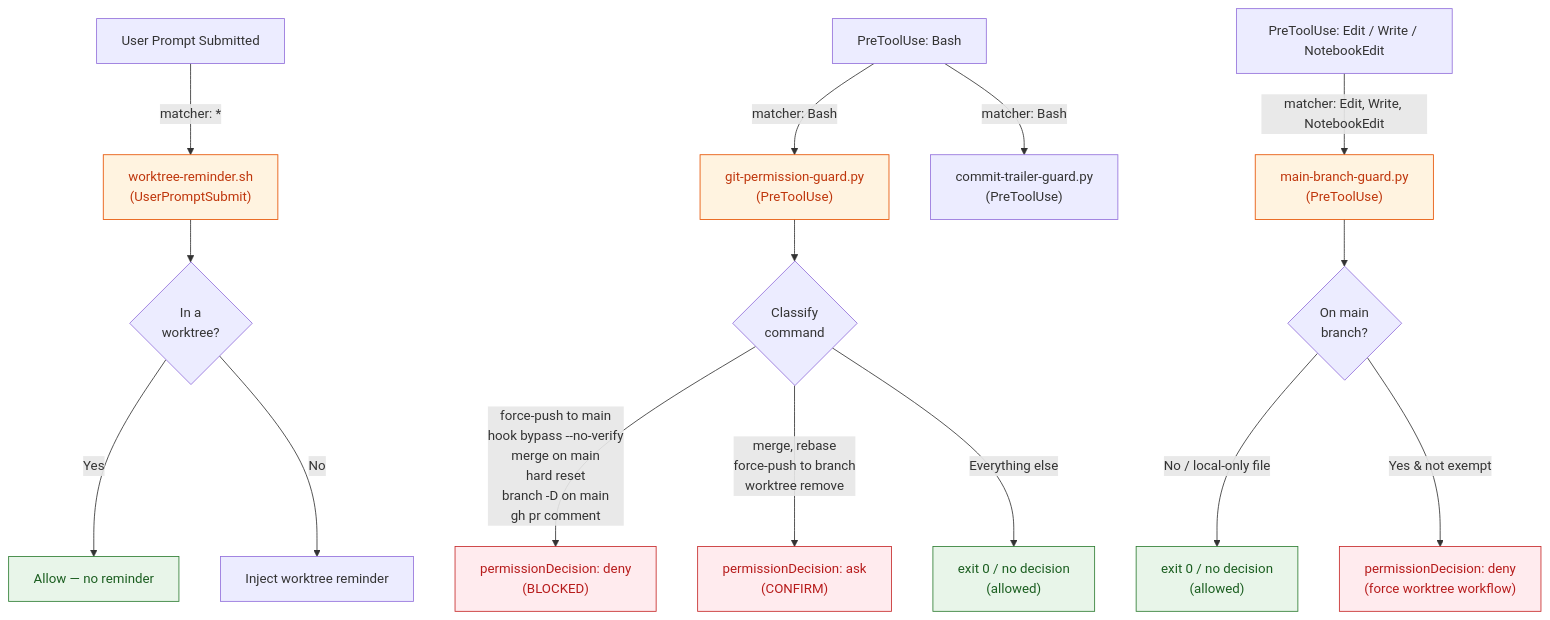
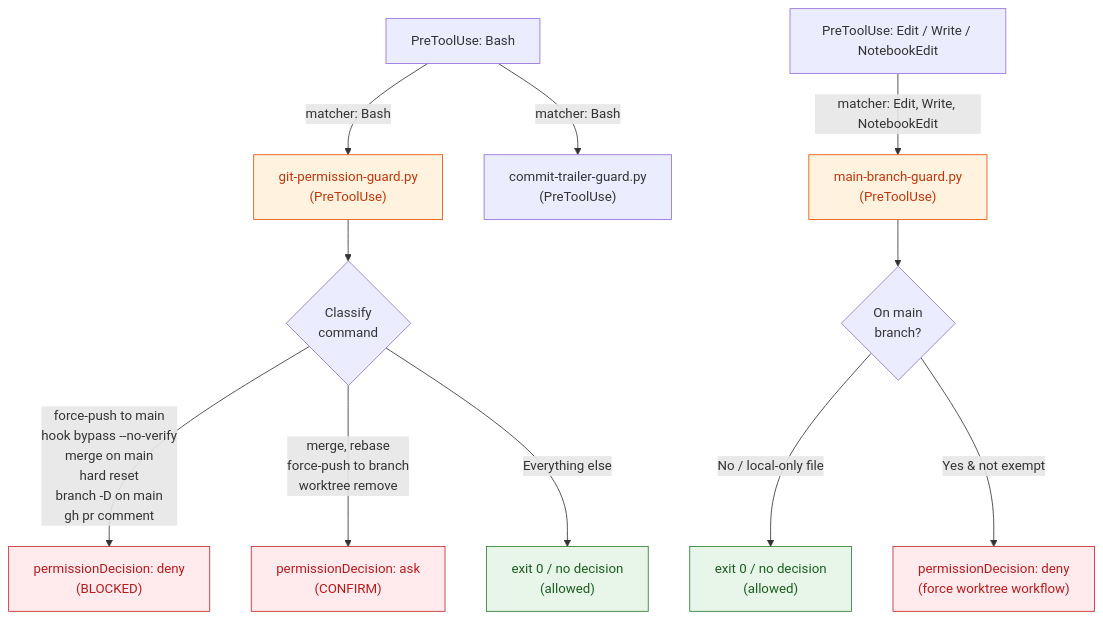
The first of 2 diagrams in git-guards/ARCHITECTURE.md (dryvist/claude-code-plugins), drawn with Mermaid before and after one commit. The commit also changed other lines of this file and 11 other files, not shown here.

````diff
--- a/git-guards/ARCHITECTURE.md
+++ b/git-guards/ARCHITECTURE.md
@@ -9,32 +9,26 @@
 ```mermaid
 flowchart TD
-    UP["User Prompt Submitted"]
     PT_BASH["PreToolUse: Bash"]
     PT_EDIT["PreToolUse: Edit / Write / NotebookEdit"]
 
-    UP -->|"matcher: *"| WR["worktree-reminder.sh\n(UserPromptSubmit)"]
     PT_BASH -->|"matcher: Bash"| PG["git-permission-guard.py\n(PreToolUse)"]
     PT_BASH -->|"matcher: Bash"| TG["commit-trailer-guard.py\n(PreToolUse)"]
     PT_EDIT -->|"matcher: Edit, Write, NotebookEdit"| MBG["main-branch-guard.py\n(PreToolUse)"]
-
-    WR --> WR_CHECK{"In a\nworktree?"}
-    WR_CHECK -->|Yes| WR_ALLOW["Allow — no reminder"]
-    WR_CHECK -->|No| WR_WARN["Inject worktree reminder"]
 
     PG --> PG_CLASSIFY{"Classify\ncommand"}
     PG_CLASSIFY -->|"force-push to main\nhook bypass --no-verify\nmerge on main\nhard reset\nbranch -D on main\ngh pr comment"| PG_BLOCK["permissionDecision: deny\n(BLOCKED)"]
     PG_CLASSIFY -->|"merge, rebase\nforce-push to branch\nworktree remove"| PG_CONFIRM["permissionDecision: ask\n(CONFIRM)"]
     PG_CLASSIFY -->|"Everything else"| PG_ALLOW["exit 0 / no decision\n(allowed)"]
 
     MBG --> MBG_CHECK{"On main\nbranch?"}
     MBG_CHECK -->|No / local-only file| MBG_ALLOW["exit 0 / no decision\n(allowed)"]
     MBG_CHECK -->|Yes & not exempt| MBG_BLOCK["permissionDecision: deny\n(force worktree workflow)"]
 
     classDef hook fill:#fff3e0,stroke:#e65100,color:#bf360c
     classDef block fill:#ffebee,stroke:#c62828,color:#b71c1c
     classDef allow fill:#e8f5e9,stroke:#2e7d32,color:#1b5e20
 
-    class WR,PG,MBG hook
+    class PG,MBG hook
     class PG_BLOCK,PG_CONFIRM,MBG_BLOCK block
-    class WR_ALLOW,PG_ALLOW,MBG_ALLOW allow
+    class PG_ALLOW,MBG_ALLOW allow
 ```
````
